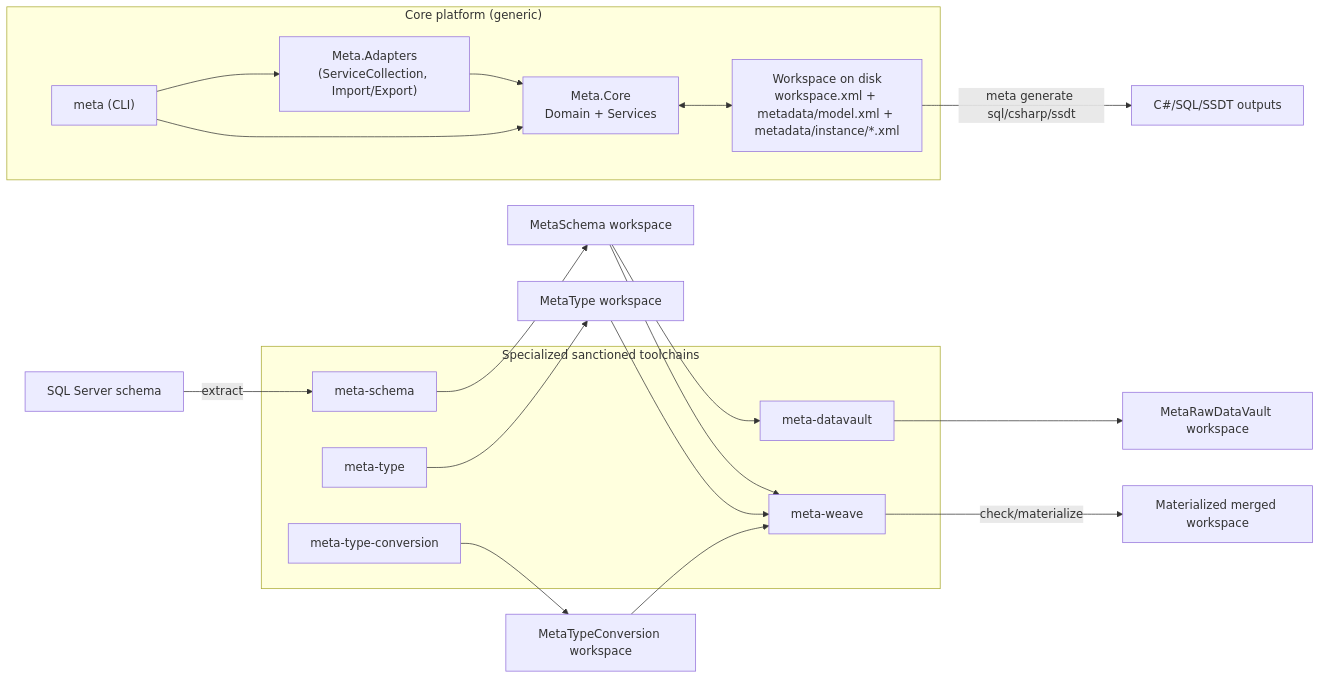
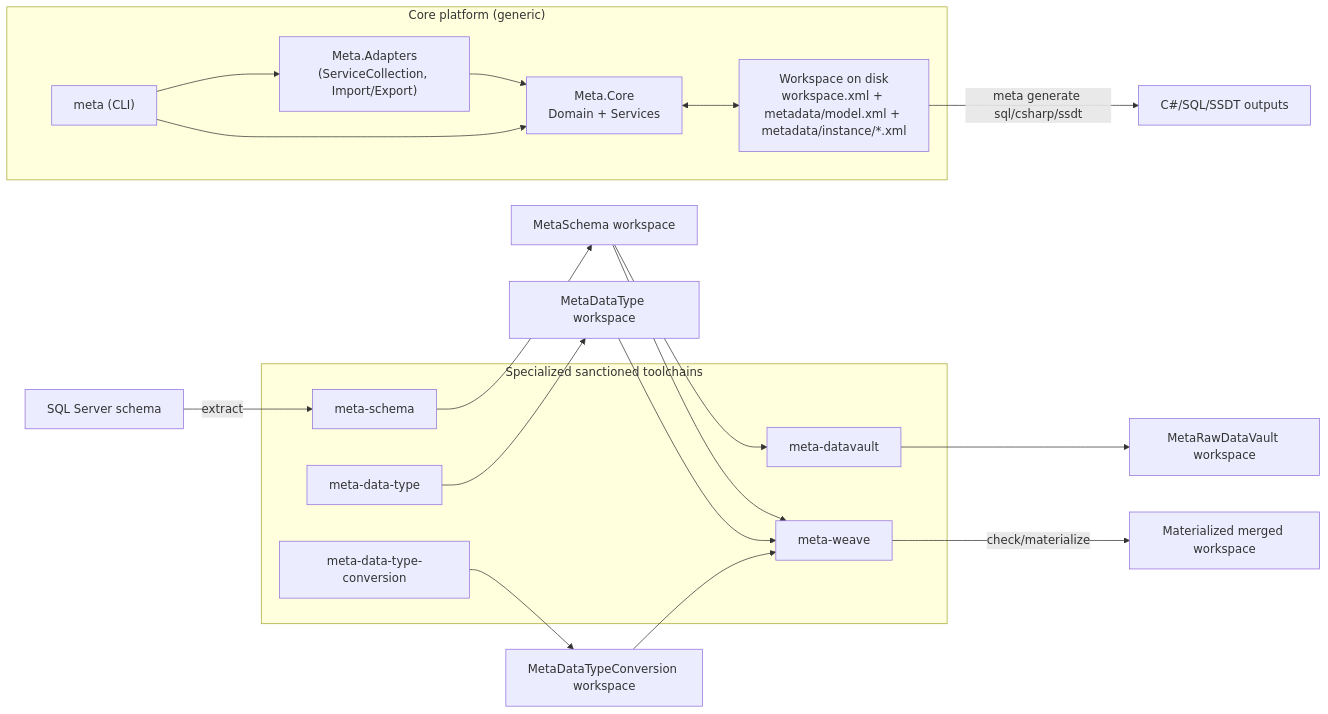
One commit to jimmy-zhao-tainio/meta-bi changed the diagram in docs/BI-SYSTEM-ARCHITECTURE.md. Above: the diagram before and after it, drawn with Mermaid. The commit also changed other lines of this file and 73 other files, not shown here.

Commit message:
rename: adopt MetaDataType and normalized datatype ids

````diff
--- a/docs/BI-SYSTEM-ARCHITECTURE.md
+++ b/docs/BI-SYSTEM-ARCHITECTURE.md
@@ -44,38 +44,38 @@
 ```mermaid
 flowchart LR
   subgraph Core["Core platform (generic)"]
     CLI["meta (CLI)"]
     CORE["Meta.Core\nDomain + Services"]
     ADAPT["Meta.Adapters\n(ServiceCollection, Import/Export)"]
     WS["Workspace on disk\nworkspace.xml + metadata/model.xml + metadata/instance/*.xml"]
   end
 
   CLI --> CORE
   CLI --> ADAPT
   ADAPT --> CORE
   CORE <--> WS
 
   subgraph Specialized["Specialized sanctioned toolchains"]
     MSC["meta-schema"]
-    MTC["meta-type"]
-    MTCC["meta-type-conversion"]
+    MTC["meta-data-type"]
+    MTCC["meta-data-type-conversion"]
     MWC["meta-weave"]
     MDVC["meta-datavault"]
   end
 
   SQL["SQL Server schema"] -->|extract| MSC
   MSC --> MSW["MetaSchema workspace"]
 
-  MTC --> MTW["MetaType workspace"]
-  MTCC --> MTCW["MetaTypeConversion workspace"]
+  MTC --> MTW["MetaDataType workspace"]
+  MTCC --> MTCW["MetaDataTypeConversion workspace"]
 
   MSW --> MWC
   MTW --> MWC
   MTCW --> MWC
   MWC -->|check/materialize| Merged["Materialized merged workspace"]
 
   MSW --> MDVC
   MDVC --> DVW["MetaRawDataVault workspace"]
 
   WS -->|meta generate sql/csharp/ssdt| OUT["C#/SQL/SSDT outputs"]
 ```
````
